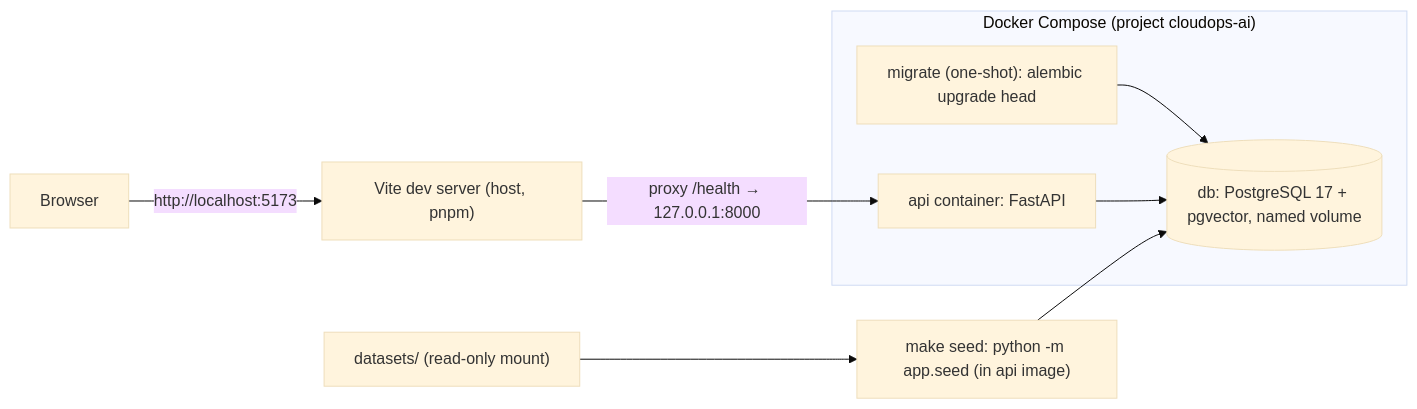
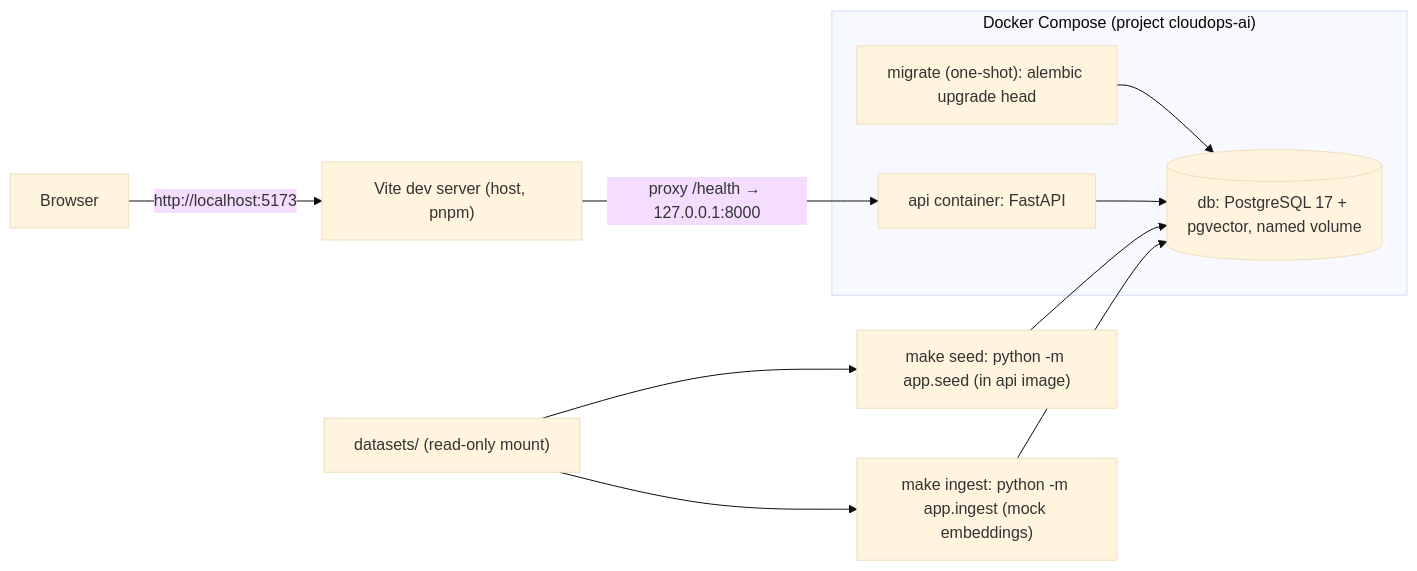
Before and after one commit to willsu42/cloudops-ai: the first of 3 diagrams in docs/architecture.md, drawn with Mermaid (base theme). The commit also changed other lines of this file and 14 other files, not shown here.

First line of the commit message:
feat: Week 2 phase 2C — chunk storage, mock embeddings, ingestion pipeline

````diff
--- a/docs/architecture.md
+++ b/docs/architecture.md
@@ -9,11 +9,13 @@
 ```mermaid
 flowchart LR
     Browser["Browser"] -->|"http://localhost:5173"| Vite["Vite dev server (host, pnpm)"]
     Vite -->|"proxy /health → 127.0.0.1:8000"| API["api container: FastAPI"]
     subgraph Compose["Docker Compose (project cloudops-ai)"]
         Migrate["migrate (one-shot): alembic upgrade head"] --> DB[("db: PostgreSQL 17 + pgvector, named volume")]
         API --> DB
     end
     Seed["make seed: python -m app.seed (in api image)"] --> DB
+    Ingest["make ingest: python -m app.ingest (mock embeddings)"] --> DB
     Corpus["datasets/ (read-only mount)"] --> Seed
+    Corpus --> Ingest
 ```
````
